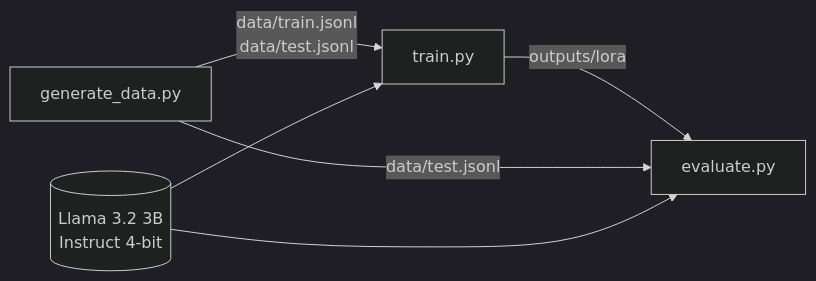
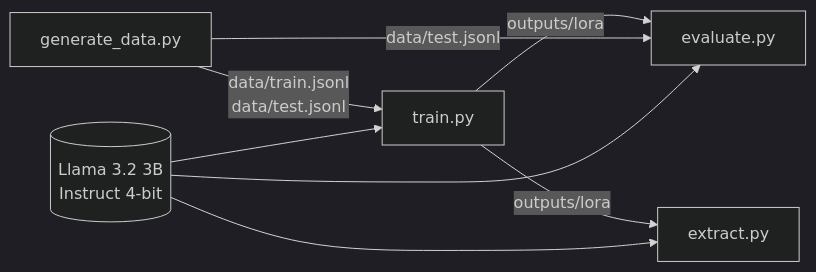
Before and after one commit to josedejesuschavez/fine-tunning: the diagram in README.md, drawn with Mermaid (dark theme). The commit also changed other lines of this file and 4 other files, not shown here.

````diff
--- a/README.md
+++ b/README.md
@@ -36,8 +37,10 @@
 ```mermaid
 flowchart LR
     A[generate_data.py] -->|data/train.jsonl<br/>data/test.jsonl| B[train.py]
     B -->|outputs/lora| C[evaluate.py]
+    B -->|outputs/lora| E[extract.py]
     A -->|data/test.jsonl| C
     D[(Llama 3.2 3B<br/>Instruct 4-bit)] --> B
     D --> C
+    D --> E
 ```
````
